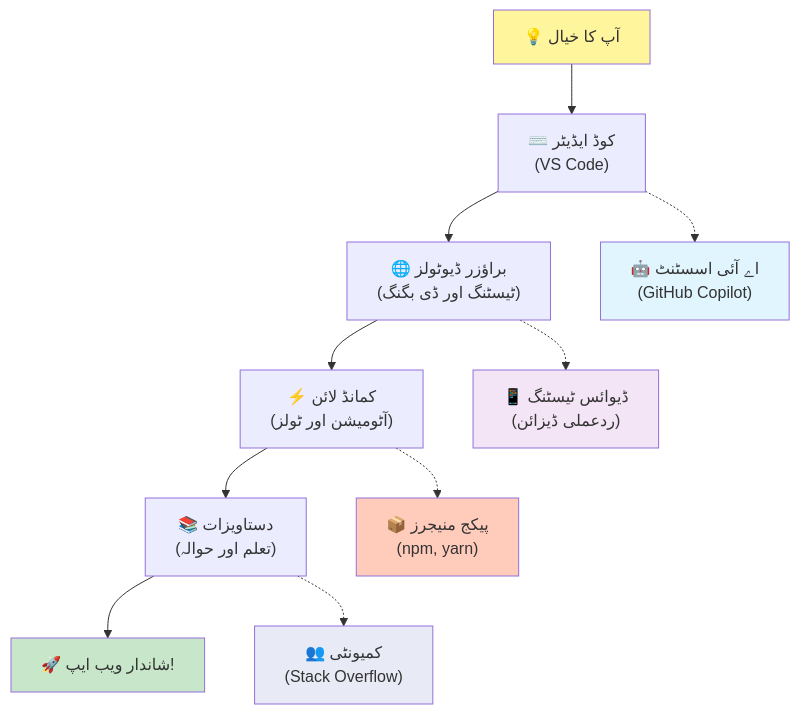
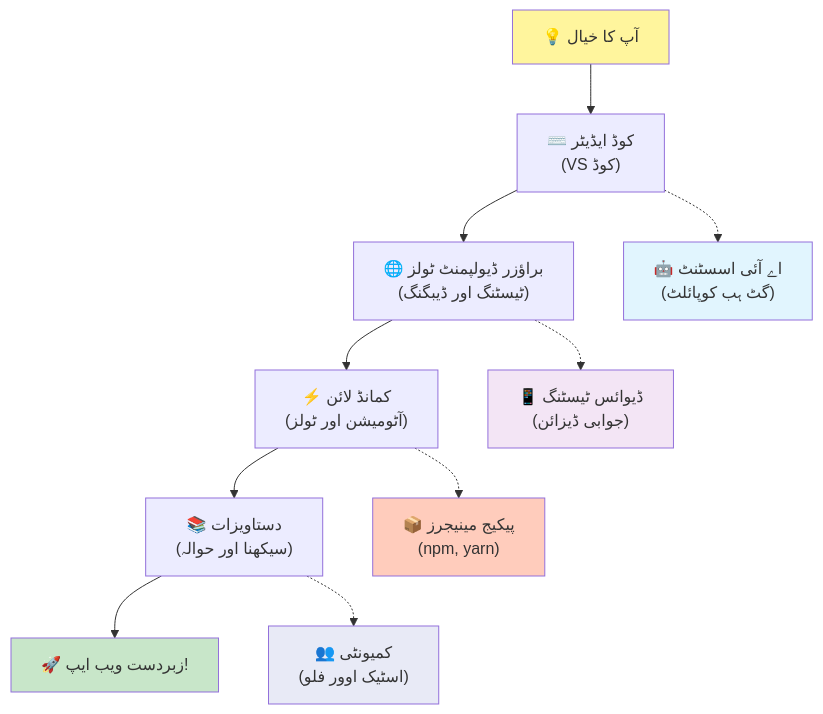
The fifth of 7 diagrams in translations/ur/1-getting-started-lessons/1-intro-to-programming-languages/README.md (microsoft/Web-Dev-For-Beginners), drawn with Mermaid before and after one commit. The commit also changed other lines of this file and 8 other files, not shown here.

````diff
--- a/translations/ur/1-getting-started-lessons/1-intro-to-programming-languages/README.md
+++ b/translations/ur/1-getting-started-lessons/1-intro-to-programming-languages/README.md
@@ -492,20 +488,20 @@
 ```mermaid
 graph TD
-    A["💡 آپ کا خیال"] --> B["⌨️ کوڈ ایڈیٹر<br/>(VS Code)"] 
-    B --> C["🌐 براؤزر ڈیوٹولز<br/>(ٹیسٹنگ اور ڈی بگنگ)"]
+    A["💡 آپ کا خیال"] --> B["⌨️ کوڈ ایڈیٹر<br/>(VS کوڈ)"] 
+    B --> C["🌐 براؤزر ڈیولپمنٹ ٹولز<br/>(ٹیسٹنگ اور ڈیبگنگ)"]
     C --> D["⚡ کمانڈ لائن<br/>(آٹومیشن اور ٹولز)"]
-    D --> E["📚 دستاویزات<br/>(تعلم اور حوالہ)"]
-    E --> F["🚀 شاندار ویب ایپ!"]
+    D --> E["📚 دستاویزات<br/>(سیکھنا اور حوالہ)"]
+    E --> F["🚀 زبردست ویب ایپ!"]
     
-    B -.-> G["🤖 اے آئی اسسٹنٹ<br/>(GitHub Copilot)"]
-    C -.-> H["📱 ڈیوائس ٹیسٹنگ<br/>(ردعملی ڈیزائن)"]
-    D -.-> I["📦 پیکج منیجرز<br/>(npm, yarn)"]
-    E -.-> J["👥 کمیونٹی<br/>(Stack Overflow)"]
+    B -.-> G["🤖 اے آئی اسسٹنٹ<br/>(گٹ ہب کوپائلٹ)"]
+    C -.-> H["📱 ڈیوائس ٹیسٹنگ<br/>(جوابی ڈیزائن)"]
+    D -.-> I["📦 پیکیج مینیجرز<br/>(npm, yarn)"]
+    E -.-> J["👥 کمیونٹی<br/>(اسٹیک اوور فلو)"]
     
     style A fill:#fff59d
     style F fill:#c8e6c9
     style G fill:#e1f5fe
     style H fill:#f3e5f5
     style I fill:#ffccbc
     style J fill:#e8eaf6
-```  
+```
````
